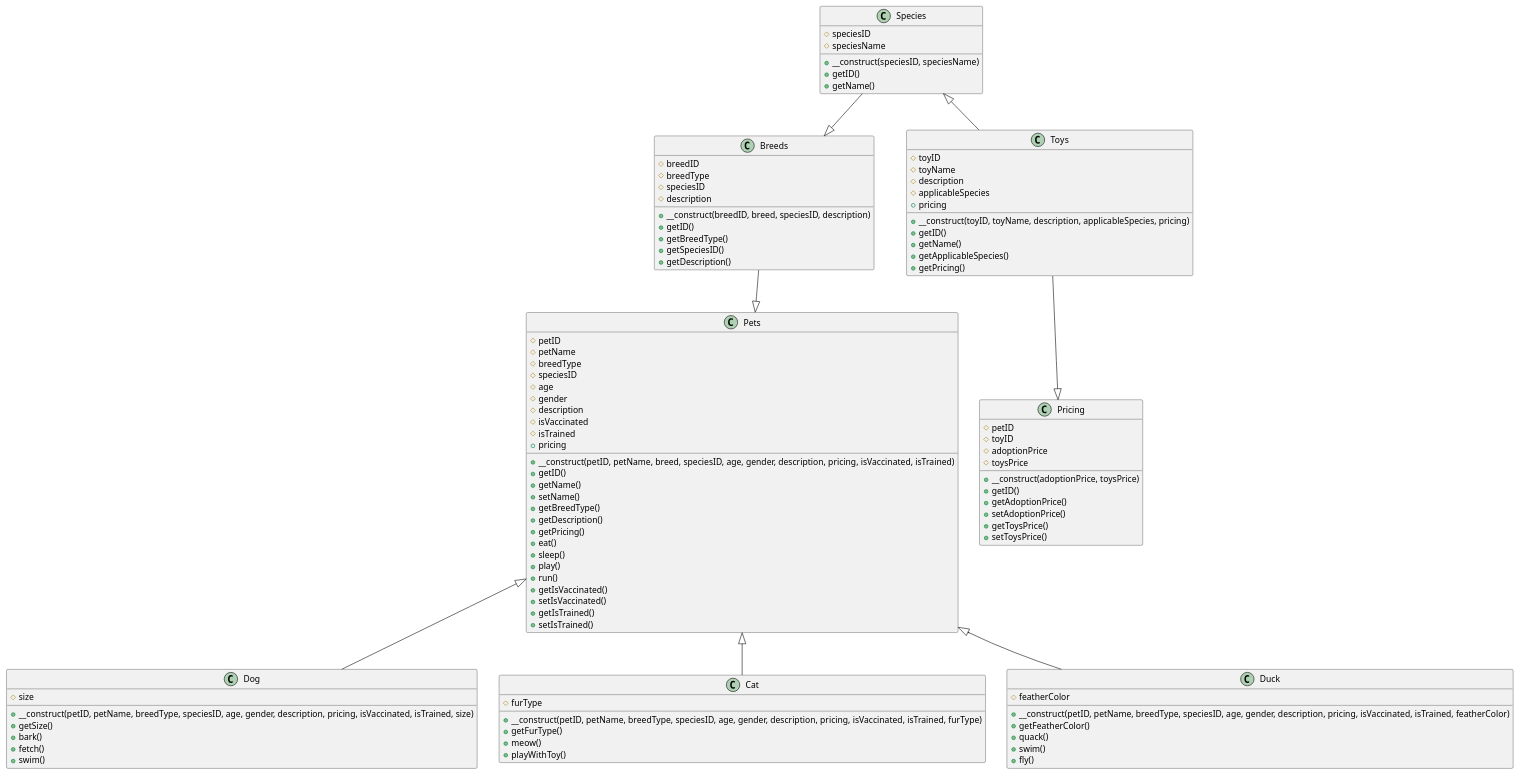
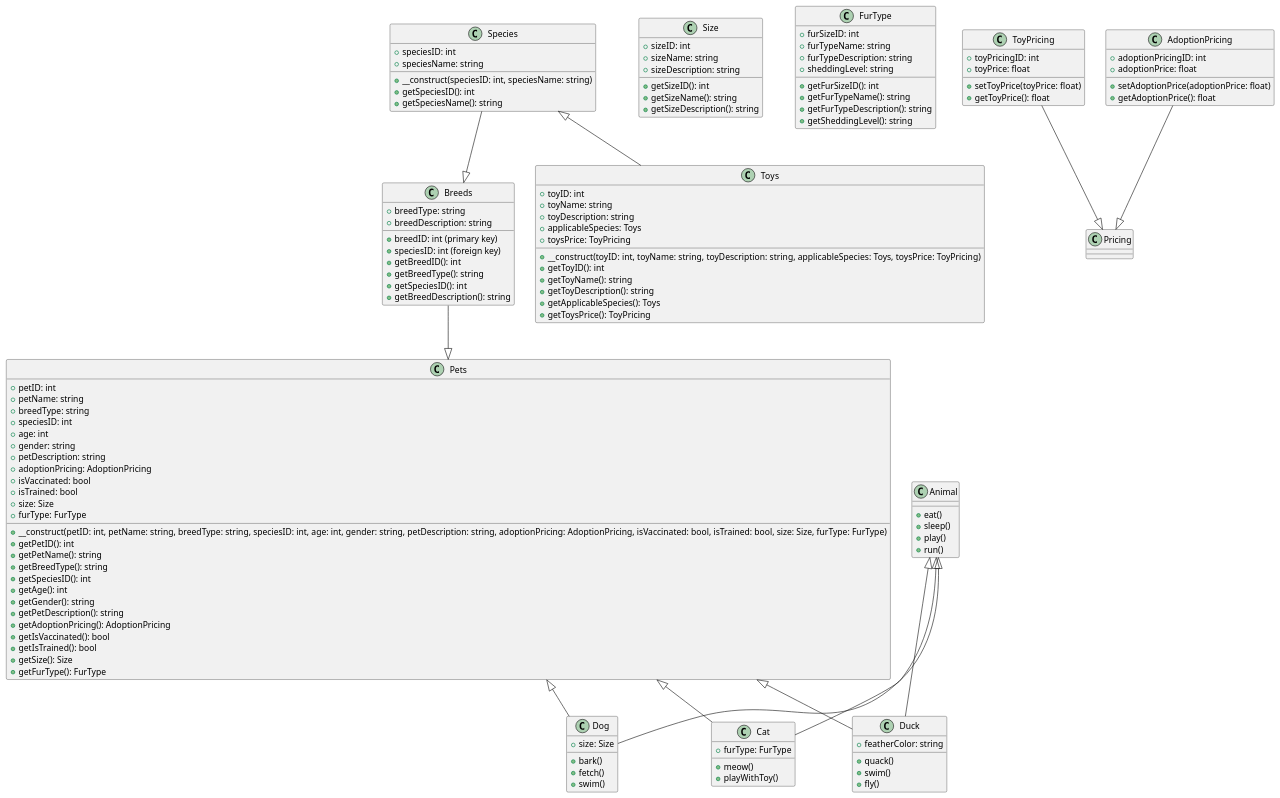
Before and after one commit to monstermaash/block3-adv-web: the diagram in project-1/schema.puml, drawn with PlantUML. The commit also changed other lines of this file and 12 other files, not shown here.

```diff
--- a/project-1/schema.puml
+++ b/project-1/schema.puml
@@ -1,109 +1,134 @@
 @startuml
 
 class Species {
-  # speciesID
-  # speciesName
-  + __construct(speciesID, speciesName)
-  + getID()
-  + getName()
+  + speciesID: int
+  + speciesName: string
+  + __construct(speciesID: int, speciesName: string)
+  + getSpeciesID(): int
+  + getSpeciesName(): string
 }
 
-class Pricing {
-  # petID
-  # toyID
-  # adoptionPrice
-  # toysPrice
-  + __construct(adoptionPrice, toysPrice)
-  + getID()
-  + getAdoptionPrice()
-  + setAdoptionPrice()
-  + getToysPrice()
-  + setToysPrice()
+
+class Breeds {
+  + breedID: int (primary key)
+  + breedType: string
+  + speciesID: int (foreign key)
+  + breedDescription: string 
+  + getBreedID(): int
+  + getBreedType(): string
+  + getSpeciesID(): int
+  + getBreedDescription(): string 
 }
 
-class Breeds {
-  # breedID
-  # breedType
-  # speciesID
-  # description
-  + __construct(breedID, breed, speciesID, description)
-  + getID()
-  + getBreedType()
-  + getSpeciesID()
-  + getDescription()
+class Size {
+  + sizeID: int
+  + sizeName: string
+  + sizeDescription: string 
+  + getSizeID(): int
+  + getSizeName(): string
+  + getSizeDescription(): string 
+}
+
+class FurType {
+  + furSizeID: int
+  + furTypeName: string
+  + furTypeDescription: string 
+  + sheddingLevel: string 
+  + getFurSizeID(): int
+  + getFurTypeName(): string
+  + getFurTypeDescription(): string 
+  + getSheddingLevel(): string 
 }
 
 class Pets {
-  # petID
-  # petName
-  # breedType
-  # speciesID
-  # age
-  # gender
-  # description
-  # isVaccinated
-  # isTrained
-  + pricing
-  + __construct(petID, petName, breed, speciesID, age, gender, description, pricing, isVaccinated, isTrained)
-  + getID()
-  + getName()
-  + setName()
-  + getBreedType()
-  + getDescription()
-  + getPricing()
+  + petID: int
+  + petName: string
+  + breedType: string
+  + speciesID: int
+  + age: int
+  + gender: string
+  + petDescription: string
+  + adoptionPricing: AdoptionPricing
+  + isVaccinated: bool
+  + isTrained: bool
+  + size: Size
+  + furType: FurType
+  + __construct(petID: int, petName: string, breedType: string, speciesID: int, age: int, gender: string, petDescription: string, adoptionPricing: AdoptionPricing, isVaccinated: bool, isTrained: bool, size: Size, furType: FurType)
+  + getPetID(): int
+  + getPetName(): string
+  + getBreedType(): string
+  + getSpeciesID(): int
+  + getAge(): int
+  + getGender(): string
+  + getPetDescription(): string
+  + getAdoptionPricing(): AdoptionPricing
+  + getIsVaccinated(): bool
+  + getIsTrained(): bool
+  + getSize(): Size
+  + getFurType(): FurType
+}
+
+class Animal {
   + eat()
   + sleep()
   + play()
   + run()
-  + getIsVaccinated()
-  + setIsVaccinated()
-  + getIsTrained()
-  + setIsTrained()
 }
 
-class Dog extends Pets {
-  # size
-  + __construct(petID, petName, breedType, speciesID, age, gender, description, pricing, isVaccinated, isTrained, size)
-  + getSize()
+class Dog extends Pets, Animal {
+  + size: Size
   + bark()
   + fetch()
   + swim()
 }
 
-class Cat extends Pets {
-  # furType
-  + __construct(petID, petName, breedType, speciesID, age, gender, description, pricing, isVaccinated, isTrained, furType)
-  + getFurType()
+class Cat extends Pets, Animal {
+  + furType: FurType
   + meow()
   + playWithToy()
 }
 
-class Duck extends Pets {
-  # featherColor
-  + __construct(petID, petName, breedType, speciesID, age, gender, description, pricing, isVaccinated, isTrained, featherColor)
-  + getFeatherColor()
+class Duck extends Pets, Animal {
+  + featherColor: string
   + quack()
   + swim()
   + fly()
 }
 
 class Toys {
-  # toyID
-  # toyName
-  # description
-  # applicableSpecies
-  + pricing
-  + __construct(toyID, toyName, description, applicableSpecies, pricing)
-  + getID()
-  + getName()
-  + getApplicableSpecies()
-  + getPricing()
+  + toyID: int
+  + toyName: string
+  + toyDescription: string
+  + applicableSpecies: Toys
+  + toysPrice: ToyPricing
+  + __construct(toyID: int, toyName: string, toyDescription: string, applicableSpecies: Toys, toysPrice: ToyPricing)
+  + getToyID(): int
+  + getToyName(): string
+  + getToyDescription(): string
+  + getApplicableSpecies(): Toys
+  + getToysPrice(): ToyPricing
 }
+
+class ToyPricing {
+  + toyPricingID: int
+  + toyPrice: float
+  + setToyPrice(toyPrice: float)
+  + getToyPrice(): float
+}
+
+class AdoptionPricing {
+  + adoptionPricingID: int
+  + adoptionPrice: float
+  + setAdoptionPrice(adoptionPrice: float)
+  + getAdoptionPrice(): float
+}
+
 
 Species <|-- Toys
 Species --|> Breeds
 Breeds --|> Pets
 
-Toys --|> Pricing
+AdoptionPricing --|> Pricing
+ToyPricing --|> Pricing
 
 @enduml
```
